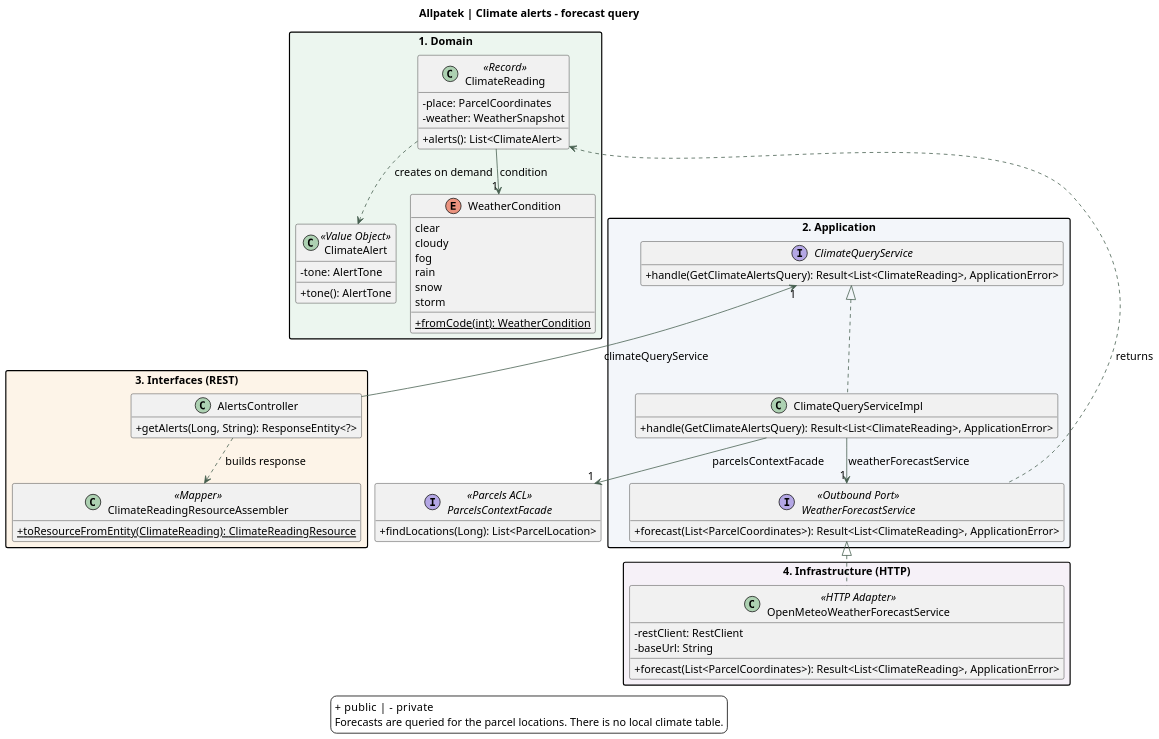
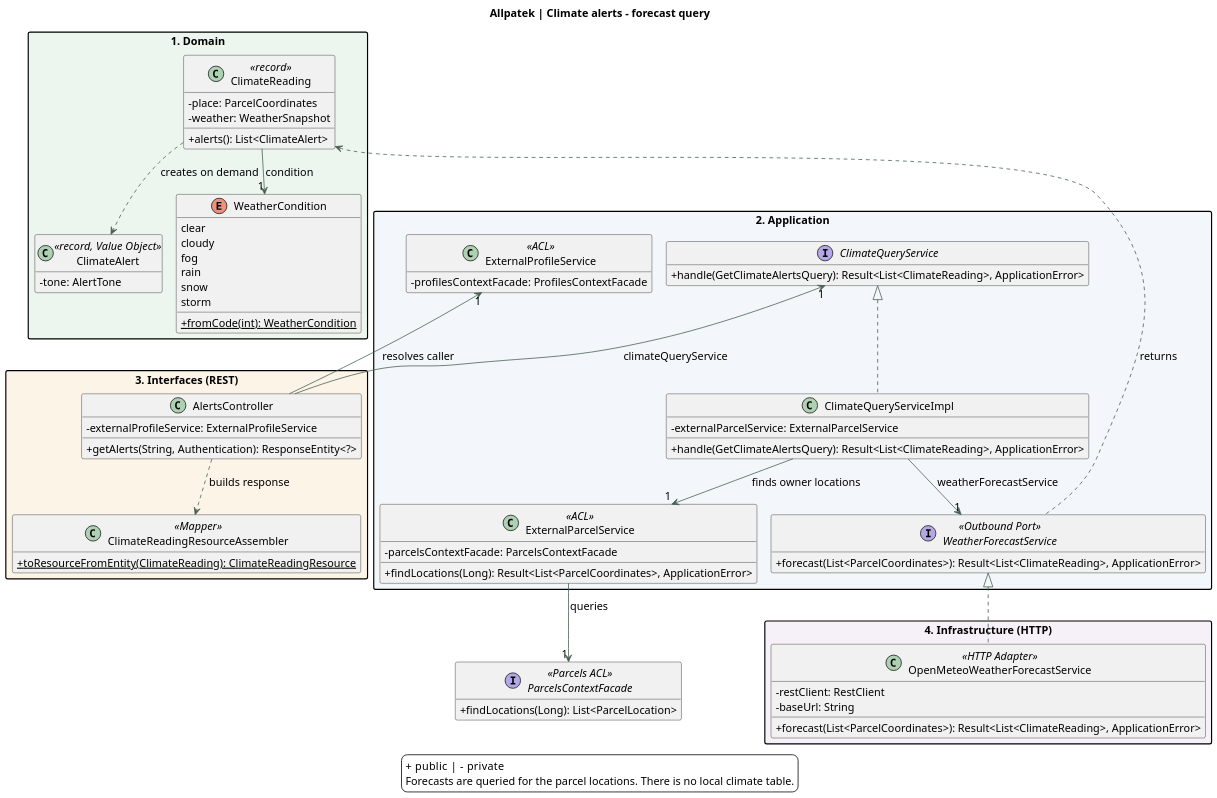
Before and after one commit to upc-pre-202620-1asi0729-7753-Terranova/allpatek-report: the diagram in assets/chapter-04/architecture/12b-classes-alerts.puml, drawn with PlantUML. The commit also changed 2 other files, not shown here.

Commit message:
docs(uml): trace authenticated weather queries through context facades

```diff
--- a/assets/chapter-04/architecture/12b-classes-alerts.puml
+++ b/assets/chapter-04/architecture/12b-classes-alerts.puml
@@ -1,80 +1,90 @@
 @startuml
 !pragma layout smetana
 skinparam backgroundColor white
 skinparam defaultFontName SansSerif
 skinparam defaultFontSize 14
 skinparam shadowing false
 skinparam classAttributeIconSize 0
 skinparam ArrowColor #476050
 skinparam packageStyle rectangle
 skinparam dpi 140
 hide empty members
 top to bottom direction
 title Allpatek | Climate alerts - forecast query
 
 package "1. Domain" as Domain #ECF6EF {
-  class ClimateReading <<Record>> {
+  class ClimateReading <<record>> {
     -place: ParcelCoordinates
     -weather: WeatherSnapshot
     +alerts(): List<ClimateAlert>
   }
-  class ClimateAlert <<Value Object>> {
+  class ClimateAlert <<record, Value Object>> {
     -tone: AlertTone
-    +tone(): AlertTone
   }
   enum WeatherCondition {
     clear
     cloudy
     fog
     rain
     snow
     storm
     {static} +fromCode(int): WeatherCondition
   }
   ClimateReading --> "1" WeatherCondition : condition
   ClimateReading ..> ClimateAlert : creates on demand
 }
 package "2. Application" as Application #F3F6FA {
+  class ExternalProfileService <<ACL>> {
+    -profilesContextFacade: ProfilesContextFacade
+  }
+  class ExternalParcelService <<ACL>> {
+    -parcelsContextFacade: ParcelsContextFacade
+    +findLocations(Long): Result<List<ParcelCoordinates>, ApplicationError>
+  }
   interface ClimateQueryService {
     +handle(GetClimateAlertsQuery): Result<List<ClimateReading>, ApplicationError>
   }
   class ClimateQueryServiceImpl {
+    -externalParcelService: ExternalParcelService
     +handle(GetClimateAlertsQuery): Result<List<ClimateReading>, ApplicationError>
   }
   interface WeatherForecastService <<Outbound Port>> {
     +forecast(List<ParcelCoordinates>): Result<List<ClimateReading>, ApplicationError>
   }
   ClimateQueryService <|.. ClimateQueryServiceImpl
   ClimateQueryServiceImpl --> "1" WeatherForecastService : weatherForecastService
 }
 package "3. Interfaces (REST)" as Interfaces #FDF4E8 {
   class AlertsController {
-    +getAlerts(Long, String): ResponseEntity<?>
+    -externalProfileService: ExternalProfileService
+    +getAlerts(String, Authentication): ResponseEntity<?>
   }
   class ClimateReadingResourceAssembler <<Mapper>> {
     {static} +toResourceFromEntity(ClimateReading): ClimateReadingResource
   }
   AlertsController ..> ClimateReadingResourceAssembler : builds response
 }
 package "4. Infrastructure (HTTP)" as Infrastructure #F6F1F8 {
   class OpenMeteoWeatherForecastService <<HTTP Adapter>> {
     -restClient: RestClient
     -baseUrl: String
     +forecast(List<ParcelCoordinates>): Result<List<ClimateReading>, ApplicationError>
   }
 }
 interface ParcelsContextFacade <<Parcels ACL>> {
   +findLocations(Long): List<ParcelLocation>
 }
 ClimateReading <.. WeatherForecastService : returns
-ClimateQueryServiceImpl --> "1" ParcelsContextFacade : parcelsContextFacade
+ClimateQueryServiceImpl --> "1" ExternalParcelService : finds owner locations
 ClimateQueryService "1" <-- AlertsController : climateQueryService
 WeatherForecastService <|.. OpenMeteoWeatherForecastService
 Domain -[hidden]down-> Application
 Application -[hidden]down-> Interfaces
 
+ExternalParcelService --> "1" ParcelsContextFacade : queries
+AlertsController --> "1" ExternalProfileService : resolves caller
 legend bottom
 + public  |  - private
 Forecasts are queried for the parcel locations. There is no local climate table.
 endlegend
 @enduml
```
